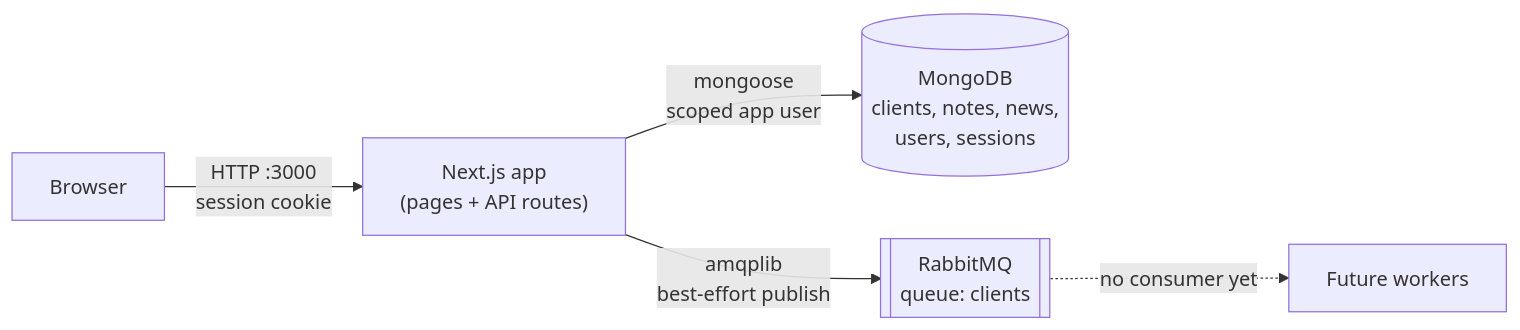
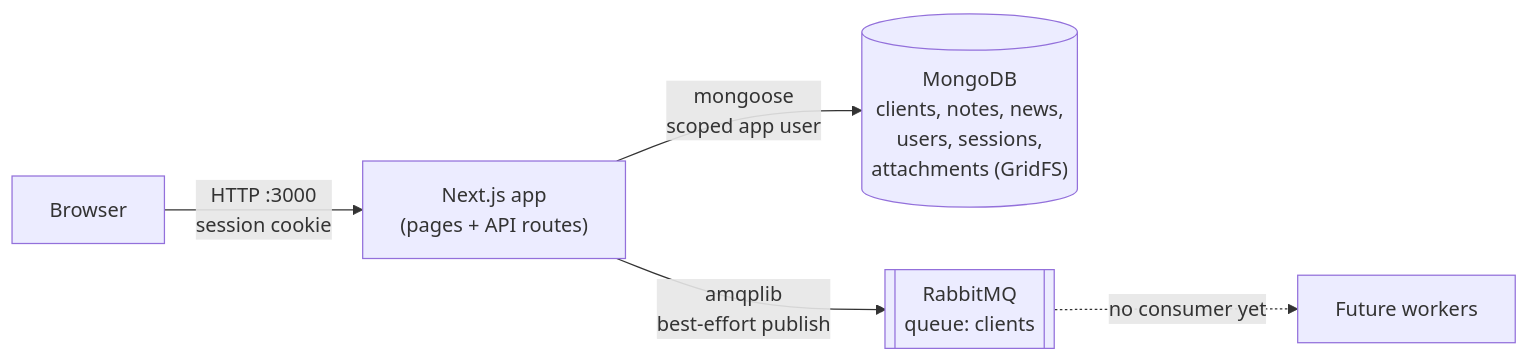
One commit to Gitt-Fred/final-code2 changed the first of 2 diagrams in README.md. Above: the diagram before and after it, drawn with Mermaid. The commit also changed other lines of this file and 2 other files, not shown here.

First line of the commit message:
Test and document sanitization, attachments, and CSP changes

````diff
--- a/README.md
+++ b/README.md
@@ -50,7 +50,7 @@
 ```mermaid
 flowchart LR
     Browser["Browser"] -->|"HTTP :3000<br/>session cookie"| App["Next.js app<br/>(pages + API routes)"]
-    App -->|"mongoose<br/>scoped app user"| Mongo[("MongoDB<br/>clients, notes, news,<br/>users, sessions")]
+    App -->|"mongoose<br/>scoped app user"| Mongo[("MongoDB<br/>clients, notes, news,<br/>users, sessions,<br/>attachments (GridFS)")]
     App -->|"amqplib<br/>best-effort publish"| Rabbit[["RabbitMQ<br/>queue: clients"]]
     Rabbit -.->|"no consumer yet"| Future["Future workers"]
 ```
````
